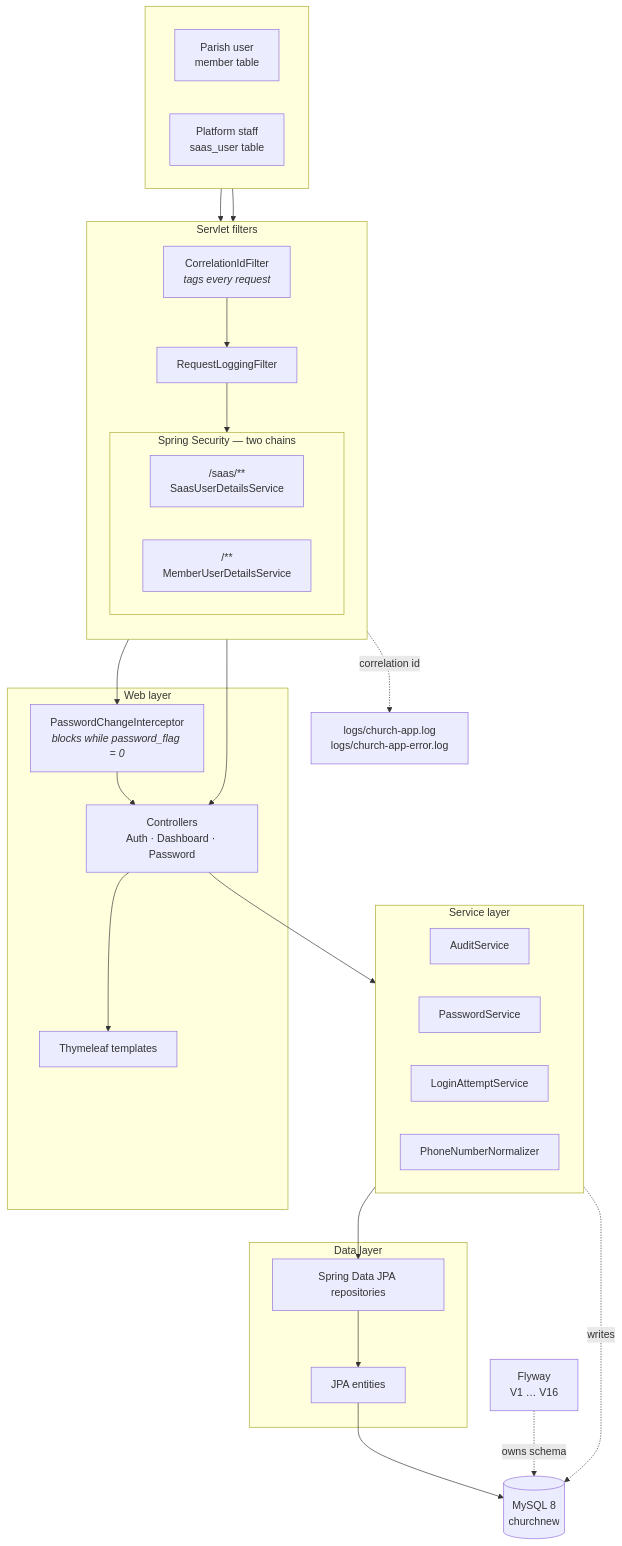
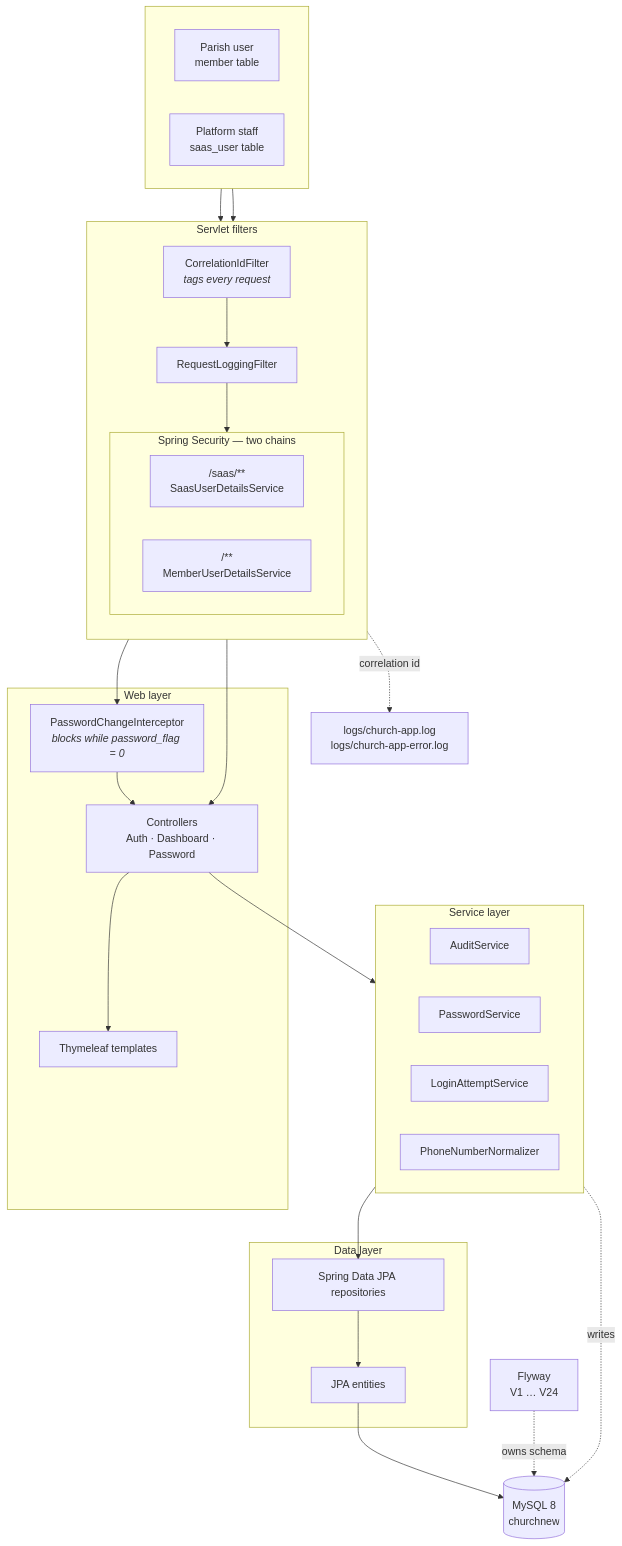
Before and after one commit to santaigh/church-app: the first of 2 diagrams in docs/architecture.md, drawn with Mermaid. The commit also changed other lines of this file and 23 other files, not shown here.

````diff
--- a/docs/architecture.md
+++ b/docs/architecture.md
@@ -5,54 +5,54 @@
 ```mermaid
 flowchart TB
     subgraph clients [" "]
         direction LR
         Parishioner["Parish user<br/>member table"]
         Platform["Platform staff<br/>saas_user table"]
     end
 
     subgraph filters ["Servlet filters"]
         direction TB
         CorrId["CorrelationIdFilter<br/><i>tags every request</i>"]
         ReqLog["RequestLoggingFilter"]
         subgraph chains ["Spring Security — two chains"]
             direction LR
             SaasChain["/saas/**<br/>SaasUserDetailsService"]
             MemberChain["/**<br/>MemberUserDetailsService"]
         end
     end
 
     subgraph web ["Web layer"]
         Controllers["Controllers<br/>Auth · Dashboard · Password"]
         Views["Thymeleaf templates"]
         Interceptor["PasswordChangeInterceptor<br/><i>blocks while password_flag = 0</i>"]
     end
 
     subgraph services ["Service layer"]
         direction LR
         AuditSvc["AuditService"]
         PwdSvc["PasswordService"]
         AttemptSvc["LoginAttemptService"]
         PhoneSvc["PhoneNumberNormalizer"]
     end
 
     subgraph data ["Data layer"]
         Repos["Spring Data JPA repositories"]
         Entities["JPA entities"]
     end
 
     DB[("MySQL 8<br/>churchnew")]
-    Flyway["Flyway<br/>V1 … V16"]
+    Flyway["Flyway<br/>V1 … V24"]
     Logs["logs/church-app.log<br/>logs/church-app-error.log"]
 
     Parishioner --> CorrId
     Platform --> CorrId
     CorrId --> ReqLog --> chains
     SaasChain --> Controllers
     MemberChain --> Interceptor --> Controllers
     Controllers --> Views
     Controllers --> services
     services --> Repos --> Entities --> DB
     Flyway -.owns schema.-> DB
     CorrId -.correlation id.-> Logs
     AuditSvc -.writes.-> DB
 ```
````
